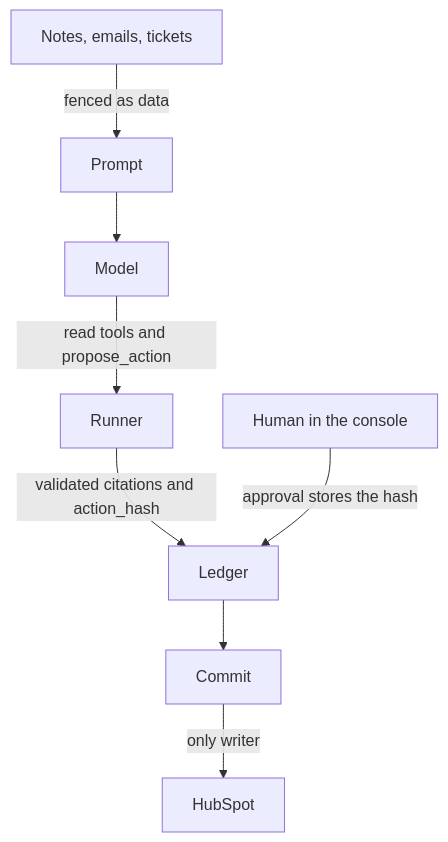
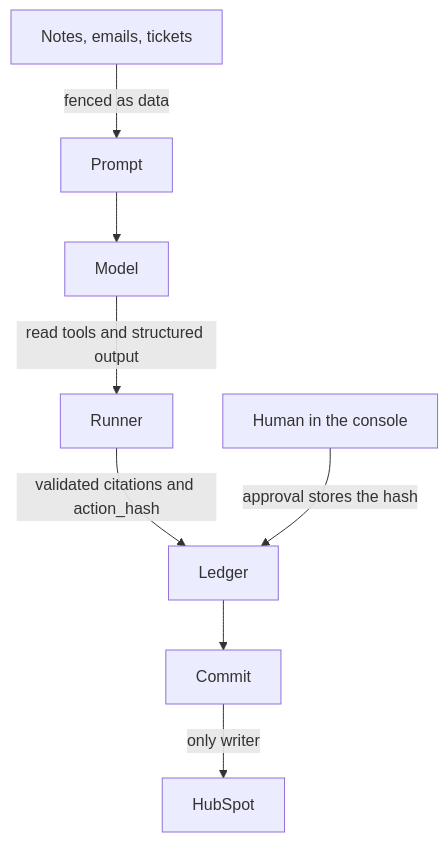
One commit to felipelongo/hubspot-cs-agent changed the fourth of 4 diagrams in docs/ARCHITECTURE.md. Above: the diagram before and after it, drawn with Mermaid. The commit also changed other lines of this file and 1 other file, not shown here.

Commit message:
Correct doc overreaches on scheduling, deployment, proposals, and model cost.

````diff
--- a/docs/ARCHITECTURE.md
+++ b/docs/ARCHITECTURE.md
@@ -90,12 +90,12 @@
 ```mermaid
 flowchart TB
   Customer[Notes, emails, tickets]
   Customer -->|fenced as data| Prompt
   Prompt --> Model
-  Model -->|read tools and propose_action| Runner
+  Model -->|read tools and structured output| Runner
   Runner -->|validated citations and action_hash| Ledger
   Human[Human in the console]
   Human -->|approval stores the hash| Ledger
   Ledger --> Commit
   Commit -->|only writer| HubSpot
 ```
````
